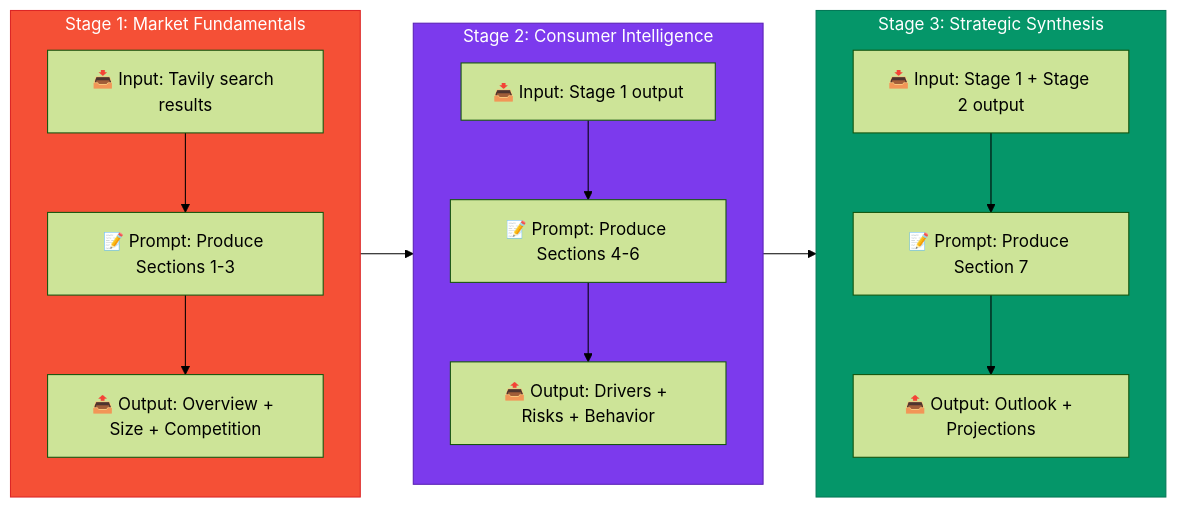
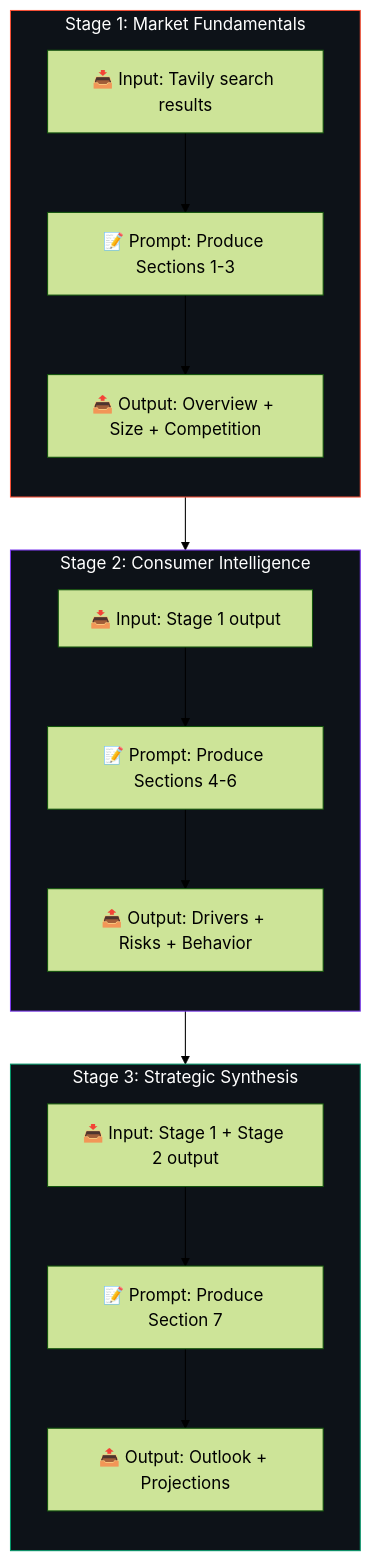
Before and after one commit to RishabJainhub/market-research-pipeline: the second of 2 diagrams in ARCHITECTURE.md, drawn with Mermaid (forest theme). The commit also changed other lines of this file and 1 other file, not shown here.

Commit message:
style: elevate toolkit aesthetics with Elite visuals and refined architecture

````diff
--- a/ARCHITECTURE.md
+++ b/ARCHITECTURE.md
@@ -223,26 +242,26 @@
 ```mermaid
-flowchart LR
+flowchart TD
     subgraph Stage1 ["Stage 1: Market Fundamentals"]
         direction TB
         I1["📥 Input: Tavily search results"] --> P1["📝 Prompt: Produce Sections 1-3"]
         P1 --> O1["📤 Output: Overview + Size + Competition"]
     end
 
     subgraph Stage2 ["Stage 2: Consumer Intelligence"]
         direction TB
         I2["📥 Input: Stage 1 output"] --> P2["📝 Prompt: Produce Sections 4-6"]
         P2 --> O2["📤 Output: Drivers + Risks + Behavior"]
     end
 
     subgraph Stage3 ["Stage 3: Strategic Synthesis"]
         direction TB
         I3["📥 Input: Stage 1 + Stage 2 output"] --> P3["📝 Prompt: Produce Section 7"]
         P3 --> O3["📤 Output: Outlook + Projections"]
     end
 
     Stage1 --> Stage2 --> Stage3
 
-    style Stage1 fill:#F55036,stroke:#DC2626,color:#fff
-    style Stage2 fill:#7C3AED,stroke:#5B21B6,color:#fff
-    style Stage3 fill:#059669,stroke:#047857,color:#fff
+    style Stage1 fill:#0d1218,stroke:#F55036,color:#fff
+    style Stage2 fill:#0d1218,stroke:#7C3AED,color:#fff
+    style Stage3 fill:#0d1218,stroke:#059669,color:#fff
 ```
````
